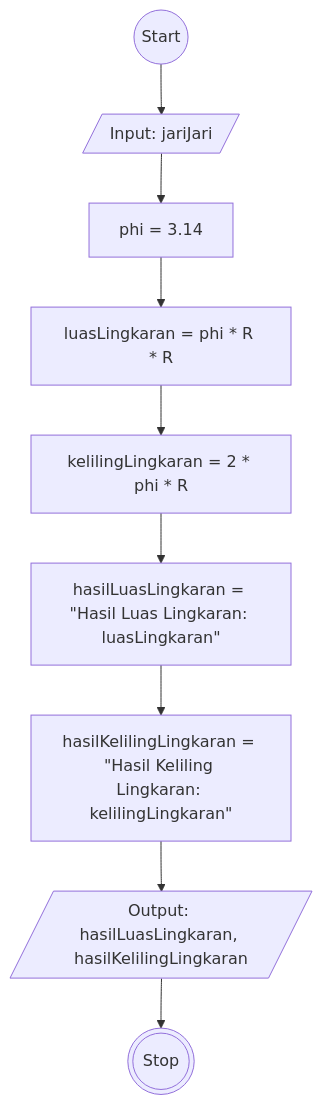
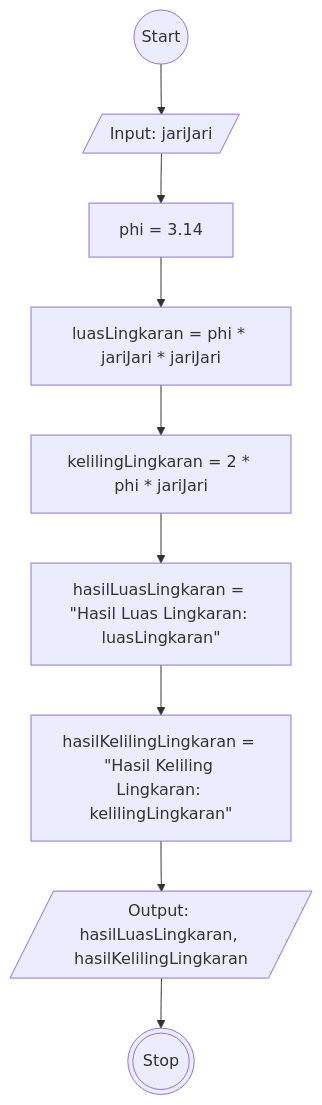
The diagram in README.md (Vincentius31/koda-b6-javascript1), drawn with Mermaid before and after one commit.

````diff
--- a/README.md
+++ b/README.md
@@ -5,14 +5,14 @@
 ```mermaid
 flowchart TD
 idStart((Start))
 idInput[/"Input: jariJari"/]
 idNilaiPhi["phi = 3.14"]
-idLuasLingkaran["luasLingkaran = phi * R * R"]
-idKelilingLingkaran["kelilingLingkaran = 2 * phi * R"]
+idLuasLingkaran["luasLingkaran = phi * jariJari * jariJari"]
+idKelilingLingkaran["kelilingLingkaran = 2 * phi * jariJari"]
 idProsesLuas[hasilLuasLingkaran = #quot;Hasil Luas Lingkaran: luasLingkaran#quot;]
 idProsesKeliling[hasilKelilingLingkaran = #quot;Hasil Keliling Lingkaran: kelilingLingkaran#quot;]
 idOutput[/Output: hasilLuasLingkaran, hasilKelilingLingkaran/]
 idFinish(((Stop)))
 
 idStart --> idInput --> idNilaiPhi --> idLuasLingkaran --> idKelilingLingkaran --> idProsesLuas --> idProsesKeliling --> idOutput --> idFinish
 ```
````
